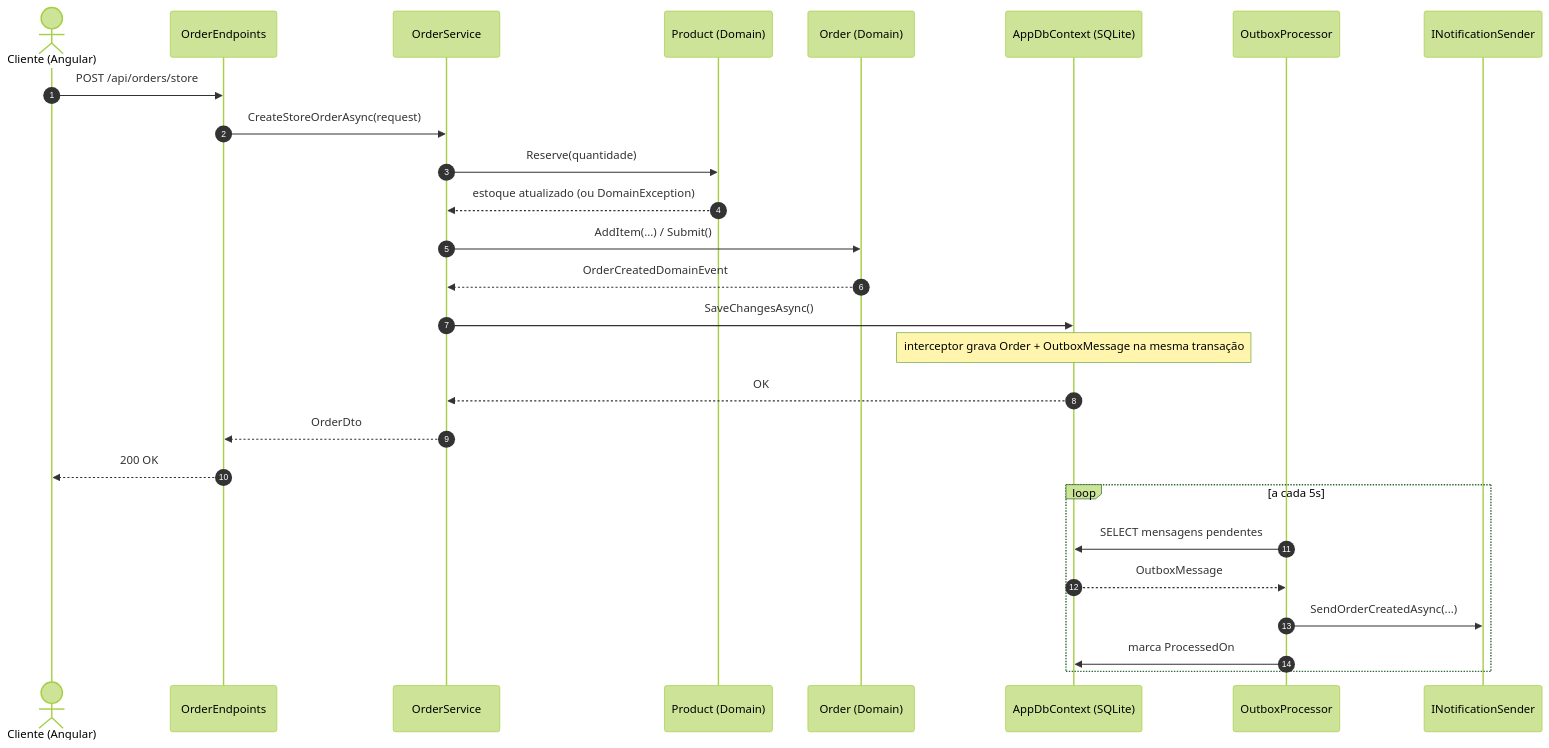
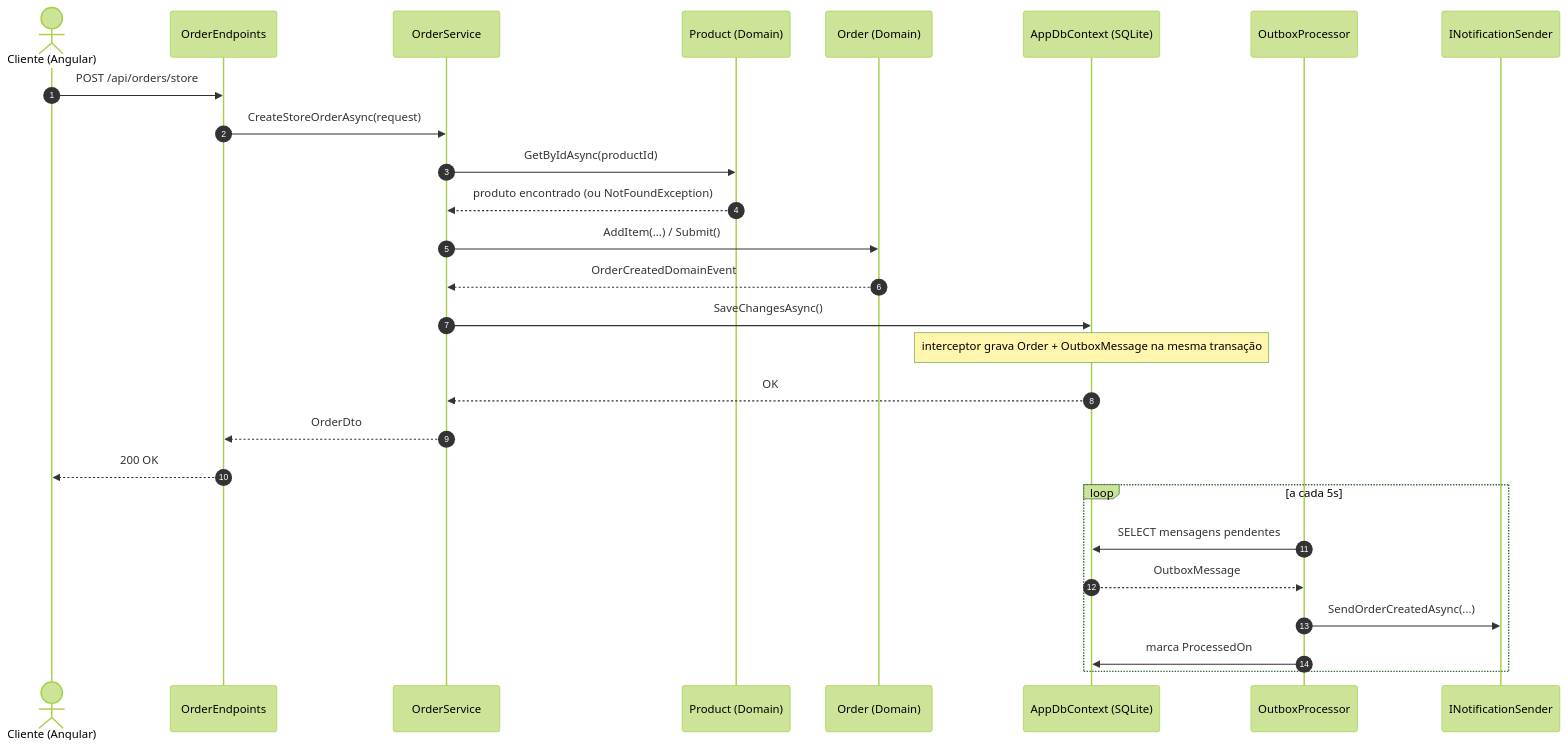
The second of 5 diagrams in spec/design.md (pauloffalves1/atelie-bebe), drawn with Mermaid (forest theme) before and after one commit. The commit also changed other lines of this file and 37 other files, not shown here.

````diff
--- a/spec/design.md
+++ b/spec/design.md
@@ -47,31 +47,31 @@
 ```mermaid
 sequenceDiagram
     autonumber
     actor Cliente as Cliente (Angular)
     participant Ep as OrderEndpoints
     participant Svc as OrderService
     participant Prod as Product (Domain)
     participant Ord as Order (Domain)
     participant Db as AppDbContext (SQLite)
     participant Proc as OutboxProcessor
     participant Notif as INotificationSender
 
     Cliente->>Ep: POST /api/orders/store
     Ep->>Svc: CreateStoreOrderAsync(request)
-    Svc->>Prod: Reserve(quantidade)
-    Prod-->>Svc: estoque atualizado (ou DomainException)
+    Svc->>Prod: GetByIdAsync(productId)
+    Prod-->>Svc: produto encontrado (ou NotFoundException)
     Svc->>Ord: AddItem(...) / Submit()
     Ord-->>Svc: OrderCreatedDomainEvent
     Svc->>Db: SaveChangesAsync()
     Note over Db: interceptor grava Order + OutboxMessage na mesma transação
     Db-->>Svc: OK
     Svc-->>Ep: OrderDto
     Ep-->>Cliente: 200 OK
 
     loop a cada 5s
         Proc->>Db: SELECT mensagens pendentes
         Db-->>Proc: OutboxMessage
         Proc->>Notif: SendOrderCreatedAsync(...)
         Proc->>Db: marca ProcessedOn
     end
 ```
````
